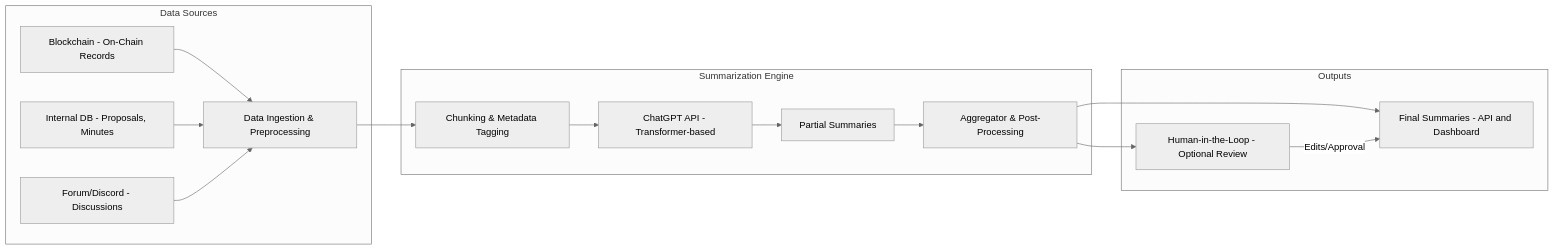
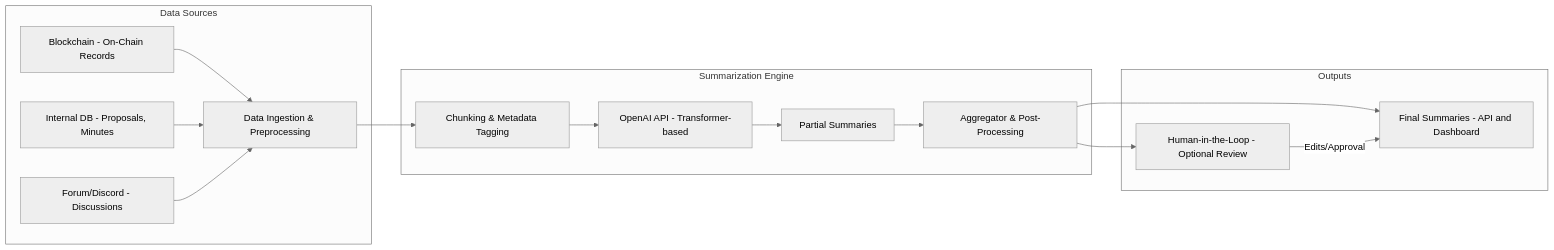
One commit to mossland/MosslandAI changed the first of 2 diagrams in AI-DAO-Summarization/DAO_Multi_Doc_Summarization_System_Design.md. Above: the diagram before and after it, drawn with Mermaid (neutral theme). The commit also changed other lines of this file and 45 other files, not shown here.

````diff
--- a/AI-DAO-Summarization/DAO_Multi_Doc_Summarization_System_Design.md
+++ b/AI-DAO-Summarization/DAO_Multi_Doc_Summarization_System_Design.md
@@ -27,22 +27,22 @@
 ```mermaid
 flowchart LR
     subgraph Data Sources
         A[Blockchain - On-Chain Records] --> B
         A2[Internal DB - Proposals, Minutes] --> B
         A3[Forum/Discord - Discussions] --> B
     end
 
     subgraph Summarization Engine
         B[Data Ingestion & Preprocessing] --> C[Chunking & Metadata Tagging]
-        C --> D[ChatGPT API - Transformer-based]
+        C --> D[OpenAI API - Transformer-based]
         D --> E[Partial Summaries]
         E --> F[Aggregator & Post-Processing]
     end
 
     subgraph Outputs
         F --> G[Final Summaries - API and Dashboard]
         F --> H[Human-in-the-Loop - Optional Review]
     end
 
     H -- "Edits/Approval" --> G
 ```
````
